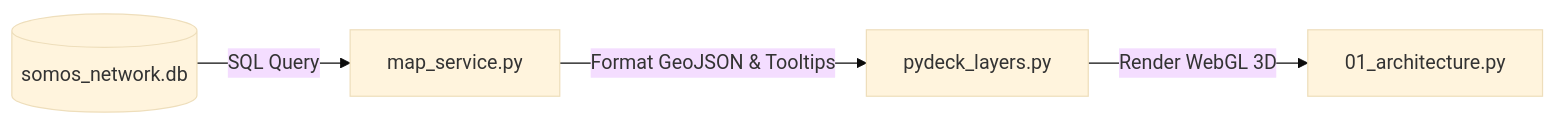
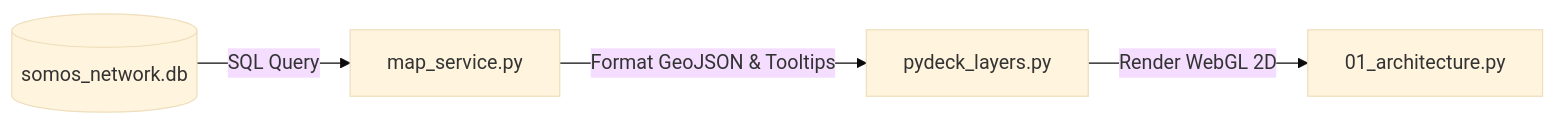
Before and after one commit to diegovazapis/somos-internet-expansion: the first of 10 diagrams in interview_walkthrough.md, drawn with Mermaid (base theme). The commit also changed other lines of this file and 12 other files, not shown here.

````diff
--- a/interview_walkthrough.md
+++ b/interview_walkthrough.md
@@ -48,6 +50,6 @@
 ```mermaid
 graph LR
     DB[(somos_network.db)] -->|SQL Query| MapService[map_service.py]
     MapService -->|Format GeoJSON & Tooltips| PyDeckBuilder[pydeck_layers.py]
-    PyDeckBuilder -->|Render WebGL 3D| StreamlitUI[01_architecture.py]
+    PyDeckBuilder -->|Render WebGL 2D| StreamlitUI[01_architecture.py]
 ```
````
